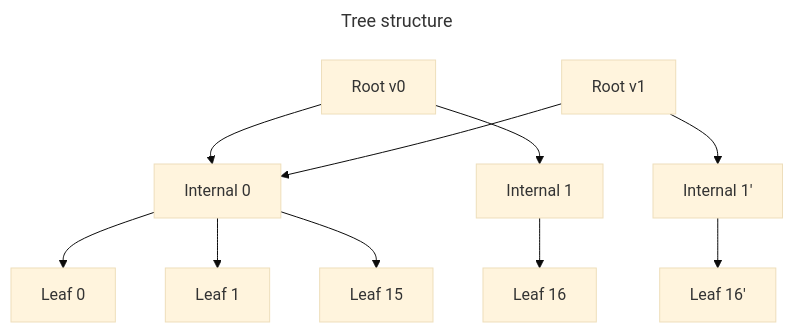
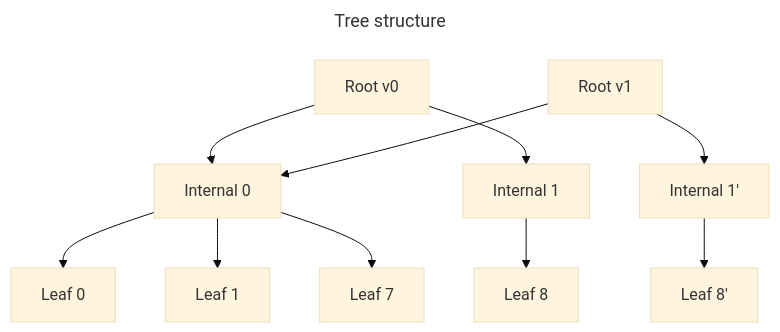
Before and after one commit to matter-labs/zksync-era: the diagram in core/lib/zk_os_merkle_tree/README.md, drawn with Mermaid (base theme). The commit also changed other lines of this file, not shown here.

````diff
--- a/core/lib/zk_os_merkle_tree/README.md
+++ b/core/lib/zk_os_merkle_tree/README.md
@@ -51,22 +51,22 @@
 ```mermaid
 ---
 title: Tree structure
 ---
 flowchart TD
     Root0[Root v0]
     Root1[Root v1]
     Internal0[Internal 0]
     Internal1[Internal 1]
     Internal1_1[Internal 1']
     Leaf0[Leaf 0]
     Leaf1[Leaf 1]
-    Leaf15[Leaf 15]
-    Leaf16[Leaf 16]
-    Leaf16_1[Leaf 16']
+    Leaf7[Leaf 7]
+    Leaf8[Leaf 8]
+    Leaf8_1[Leaf 8']
     Root0-->Internal0 & Internal1
-    Internal0-->Leaf0 & Leaf1 & Leaf15
-    Internal1-->Leaf16
+    Internal0-->Leaf0 & Leaf1 & Leaf7
+    Internal1-->Leaf8
 
     Root1-->Internal0 & Internal1_1
-    Internal1_1-->Leaf16_1
+    Internal1_1-->Leaf8_1
 ```
````
